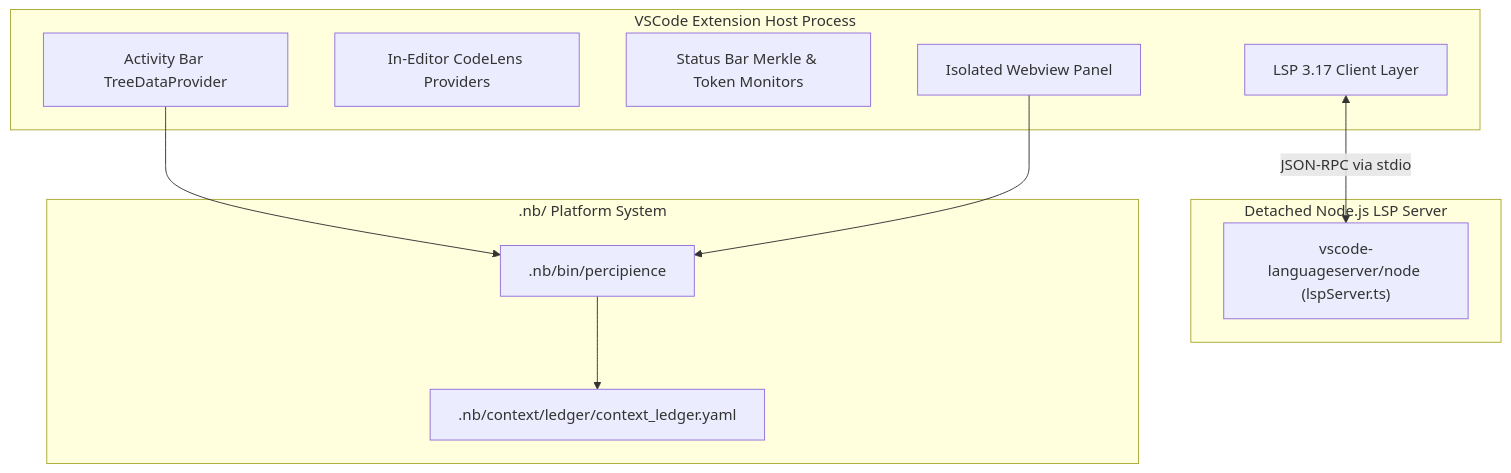
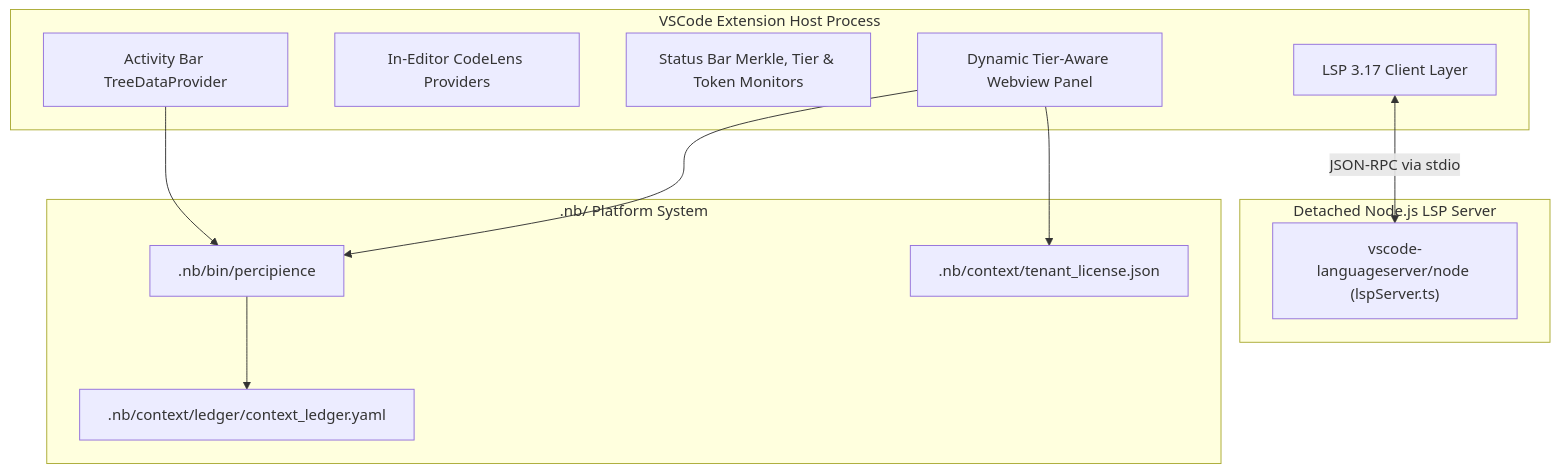
One commit to lakhwindersingh/nb_fairyfly changed the diagram in .nb/plan/l1/vscode-plugin/concise.md. Above: the diagram before and after it, drawn with Mermaid. The commit also changed other lines of this file and 50 other files, not shown here.

````diff
--- a/.nb/plan/l1/vscode-plugin/concise.md
+++ b/.nb/plan/l1/vscode-plugin/concise.md
@@ -25,24 +26,26 @@
 ```mermaid
 graph TD
   subgraph VSCode_Extension_Host["VSCode Extension Host Process"]
     ActivityBar["Activity Bar TreeDataProvider"]
     CodeLens["In-Editor CodeLens Providers"]
-    StatusBar["Status Bar Merkle & Token Monitors"]
+    StatusBar["Status Bar Merkle, Tier & Token Monitors"]
     LspClient["LSP 3.17 Client Layer"]
-    WebviewPanel["Isolated Webview Panel"]
+    WebviewPanel["Dynamic Tier-Aware Webview Panel"]
   end
 
   subgraph Detached_LSP_Server["Detached Node.js LSP Server"]
     LspServer["vscode-languageserver/node (lspServer.ts)"]
   end
 
   subgraph Local_Platform[".nb/ Platform System"]
     PlatformCli[".nb/bin/percipience"]
     LedgerFile[".nb/context/ledger/context_ledger.yaml"]
+    LicenseFile[".nb/context/tenant_license.json"]
   end
 
   LspClient <-->|JSON-RPC via stdio| LspServer
   ActivityBar --> PlatformCli
   WebviewPanel --> PlatformCli
+  WebviewPanel --> LicenseFile
   PlatformCli --> LedgerFile
 ```
````
